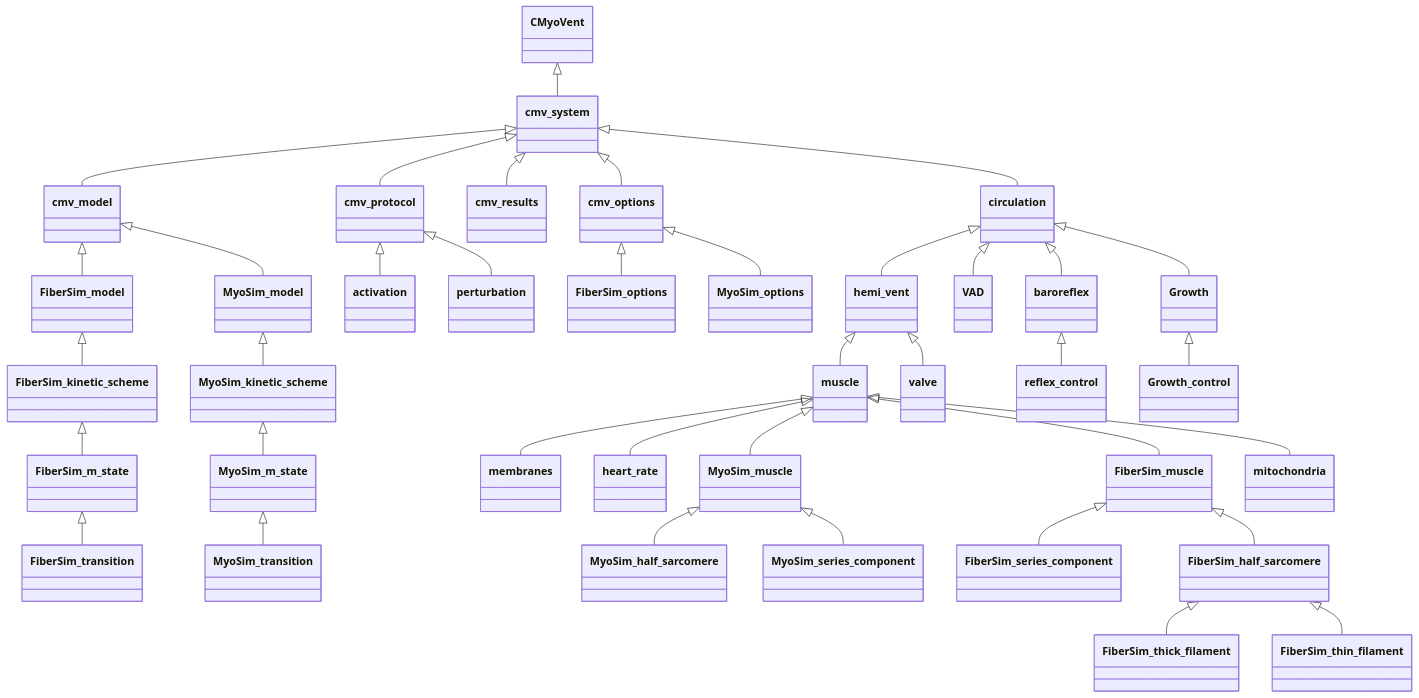
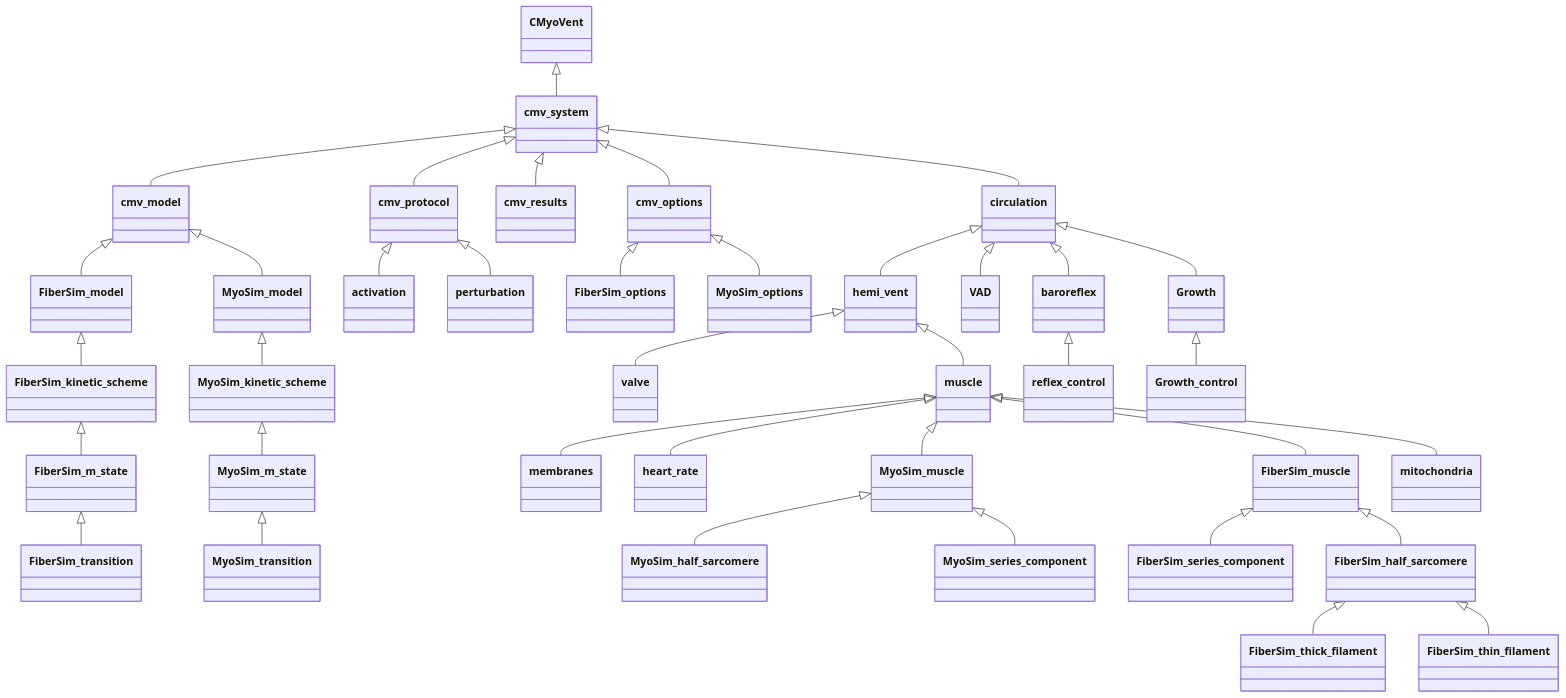
Before and after one commit to Campbell-Muscle-Lab/MyoVent: the diagram in README.md, drawn with Mermaid. The commit also changed 10 other files, not shown here.

`````diff
--- a/README.md
+++ b/README.md
@@ -3,58 +3,58 @@
 ````mermaid
 
 classDiagram
     
     CMyoVent <|-- cmv_system
     
     cmv_system <|-- cmv_model
     cmv_system <|-- cmv_protocol
     cmv_system <|-- cmv_results
     cmv_system <|-- cmv_options
     cmv_system <|-- circulation
 
     cmv_model <|-- FiberSim_model
     cmv_model <|-- MyoSim_model
 
     cmv_protocol <|-- activation
     cmv_protocol <|-- perturbation
 
     cmv_options <|-- FiberSim_options
     cmv_options <|-- MyoSim_options
 
     circulation <|-- hemi_vent
     circulation <|-- VAD
     circulation <|-- baroreflex
     circulation <|-- Growth
     
+    hemi_vent <|-- valve
     hemi_vent <|-- muscle
-    hemi_vent <|-- valve
-    
+        
     muscle <|-- membranes
     muscle <|-- heart_rate
     muscle <|-- MyoSim_muscle
     muscle <|-- FiberSim_muscle
     muscle <|-- mitochondria
 
     baroreflex <|-- reflex_control
     
     Growth <|-- Growth_control
     
     FiberSim_model <|-- FiberSim_kinetic_scheme
     FiberSim_kinetic_scheme <|-- FiberSim_m_state
     FiberSim_m_state <|-- FiberSim_transition
     
     MyoSim_model <|-- MyoSim_kinetic_scheme
     MyoSim_kinetic_scheme <|-- MyoSim_m_state
     MyoSim_m_state <|-- MyoSim_transition
 
     FiberSim_muscle <|-- FiberSim_series_component
     FiberSim_muscle <|-- FiberSim_half_sarcomere
 
     FiberSim_half_sarcomere <|-- FiberSim_thick_filament
     FiberSim_half_sarcomere <|-- FiberSim_thin_filament
 
     MyoSim_muscle <|-- MyoSim_half_sarcomere
     MyoSim_muscle <|-- MyoSim_series_component
 
 
 ````
`````
